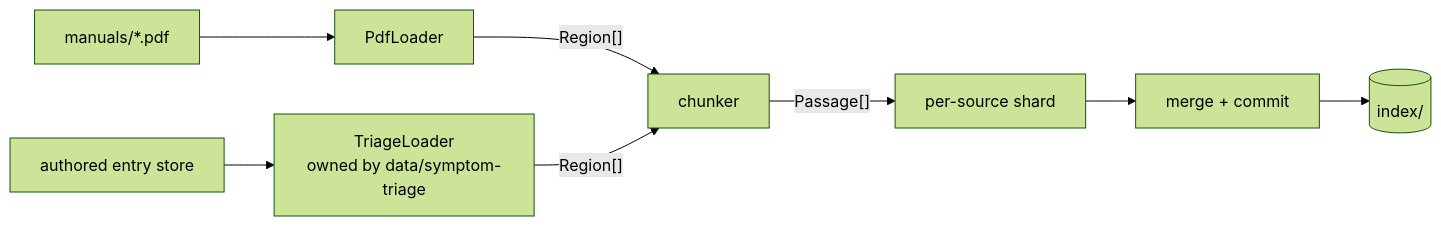
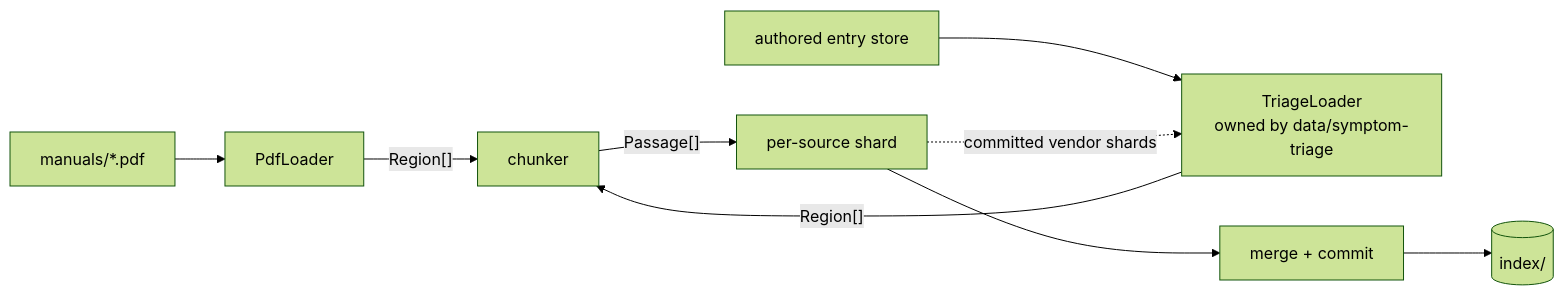
Before and after one commit to troobit/dawmans: the diagram in specs/data/manual-corpus/design.md, drawn with Mermaid (forest theme). The commit also changed other lines of this file and 2 other files, not shown here.

````diff
--- a/specs/data/manual-corpus/design.md
+++ b/specs/data/manual-corpus/design.md
@@ -26,10 +26,11 @@
 ```mermaid
 flowchart LR
   M[manuals/*.pdf] --> PL[PdfLoader]
   T[authored entry store] --> TL[TriageLoader<br/>owned by data/symptom-triage]
   PL -- Region[] --> CH[chunker]
   TL -- Region[] --> CH
   CH -- Passage[] --> SH[per-source shard]
+  SH -. committed vendor shards .-> TL
   SH --> MG[merge + commit]
   MG --> IDX[(index/)]
 ```
````
